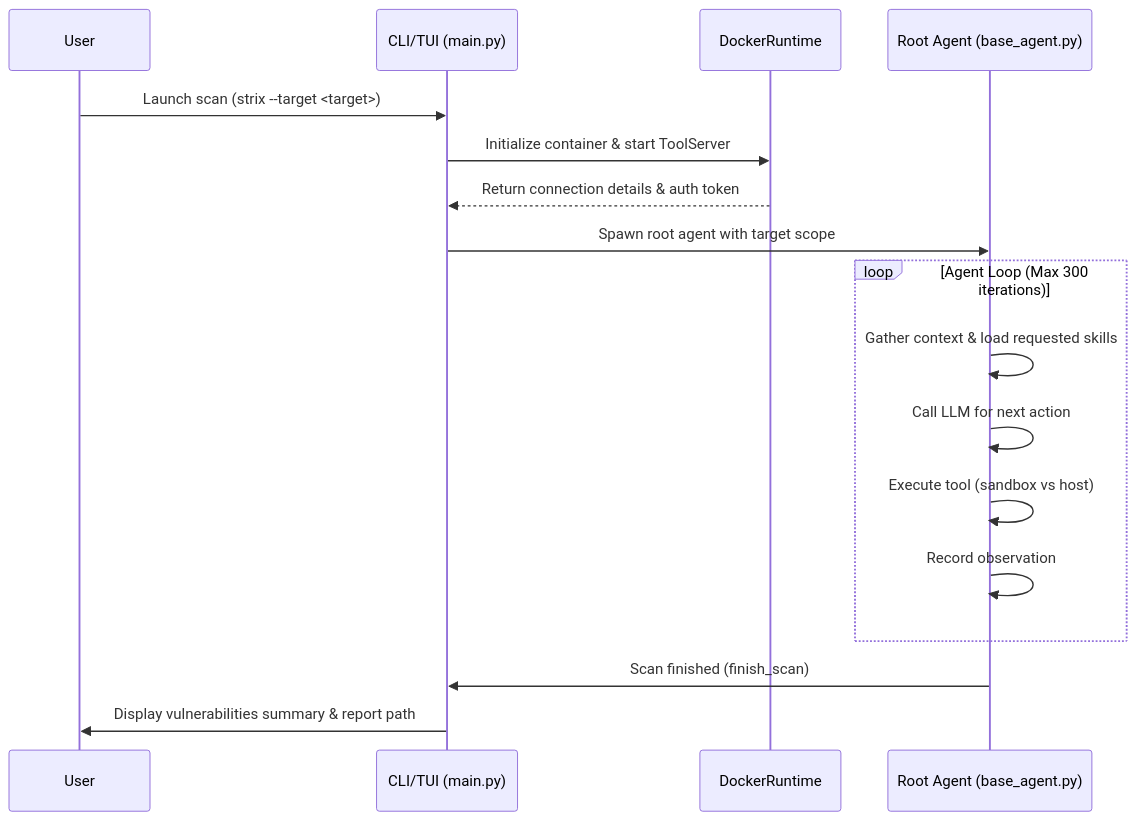
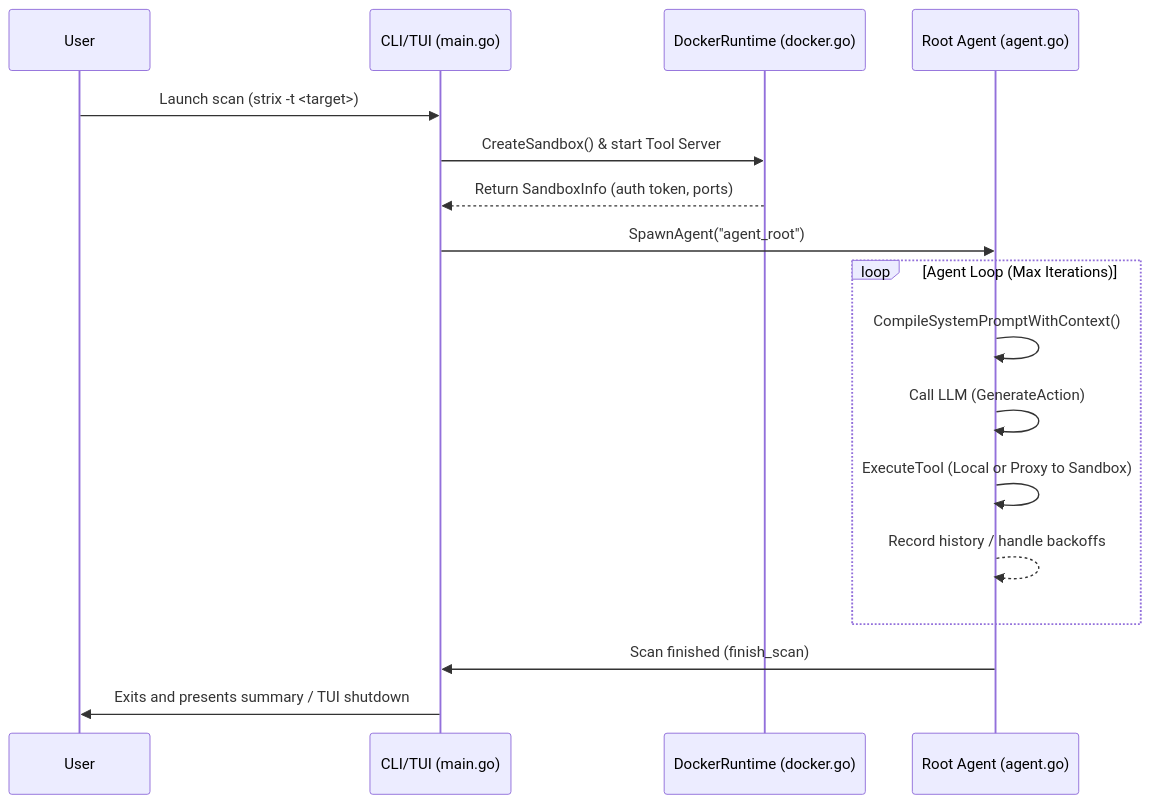
One commit to afranz29/strix-pydantic-ai changed the second of 4 diagrams in ARCHITECTURE.md. Above: the diagram before and after it, drawn with Mermaid. The commit also changed other lines of this file and 15 other files, not shown here.

````diff
--- a/ARCHITECTURE.md
+++ b/ARCHITECTURE.md
@@ -104,20 +82,20 @@
 ```mermaid
 sequenceDiagram
     participant User
-    participant CLI as CLI/TUI (main.py)
-    participant Docker as DockerRuntime
-    participant Agent as Root Agent (base_agent.py)
+    participant CLI as CLI/TUI (main.go)
+    participant Docker as DockerRuntime (docker.go)
+    participant Agent as Root Agent (agent.go)
     
-    User->>CLI: Launch scan (strix --target <target>)
-    CLI->>Docker: Initialize container & start ToolServer
-    Docker-->>CLI: Return connection details & auth token
-    CLI->>Agent: Spawn root agent with target scope
-    loop Agent Loop (Max 300 iterations)
-        Agent->>Agent: Gather context & load requested skills
-        Agent->>Agent: Call LLM for next action
-        Agent->>Agent: Execute tool (sandbox vs host)
-        Agent->>Agent: Record observation
+    User->>CLI: Launch scan (strix -t <target>)
+    CLI->>Docker: CreateSandbox() & start Tool Server
+    Docker-->>CLI: Return SandboxInfo (auth token, ports)
+    CLI->>Agent: SpawnAgent("agent_root")
+    loop Agent Loop (Max Iterations)
+        Agent->>Agent: CompileSystemPromptWithContext()
+        Agent->>Agent: Call LLM (GenerateAction)
+        Agent->>Agent: ExecuteTool (Local or Proxy to Sandbox)
+        Agent-->>Agent: Record history / handle backoffs
     end
     Agent->>CLI: Scan finished (finish_scan)
-    CLI->>User: Display vulnerabilities summary & report path
+    CLI->>User: Exits and presents summary / TUI shutdown
 ```
````
